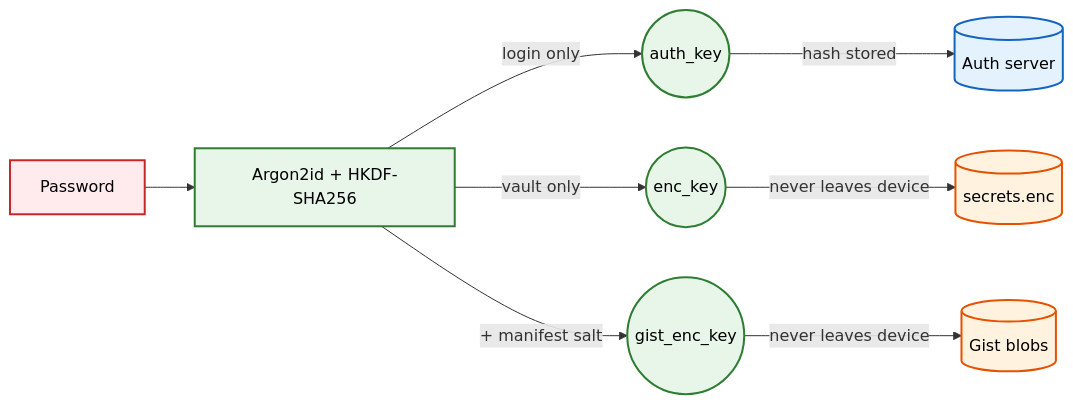
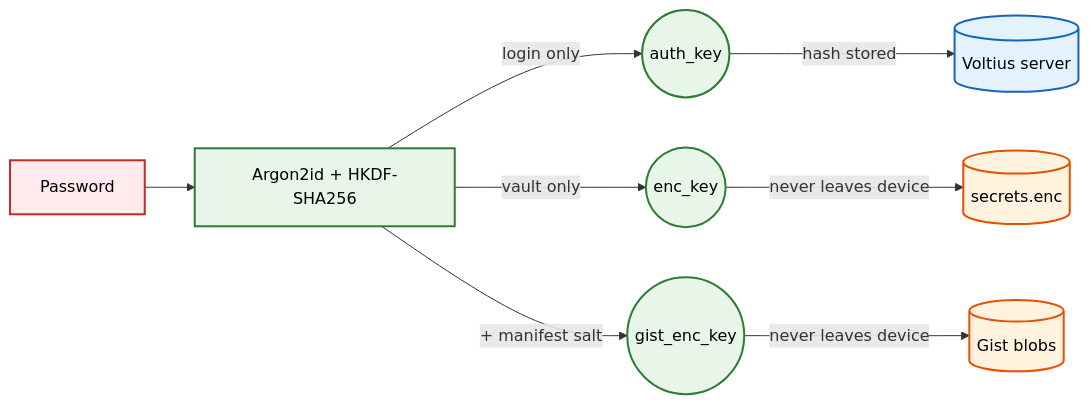
The second of 2 diagrams in docs/security/architecture.md (VoltiusApp/docs), drawn with Mermaid before and after one commit. The commit also changed other lines of this file, not shown here.

First line of the commit message:
docs(security): describe the one server that exists, not two that don't (#21)

````diff
--- a/docs/security/architecture.md
+++ b/docs/security/architecture.md
@@ -70,19 +67,19 @@
 ```mermaid
 flowchart LR
     classDef cleartext fill:#ffebee,stroke:#c62828,stroke-width:2px,color:#000;
     classDef secure fill:#e8f5e9,stroke:#2e7d32,stroke-width:2px,color:#000;
     classDef remote fill:#e3f2fd,stroke:#1565c0,stroke-width:2px,color:#000;
     classDef local fill:#fff3e0,stroke:#e65100,stroke-width:2px,color:#000;
 
     Pass["Password"]:::cleartext
     KDF["Argon2id + HKDF-SHA256"]:::secure
 
     Pass --> KDF
     KDF -->|"login only"| AuthKey(("auth_key")):::secure
     KDF -->|"vault only"| EncKey(("enc_key")):::secure
     KDF -->|"+ manifest salt"| GistKey(("gist_enc_key")):::secure
 
-    AuthKey -->|"hash stored"| Server[("Auth server")]:::remote
+    AuthKey -->|"hash stored"| Server[("Voltius server")]:::remote
     EncKey -->|"never leaves device"| Disk[("secrets.enc")]:::local
     GistKey -->|"never leaves device"| Blobs[("Gist blobs")]:::local
 ```
````
